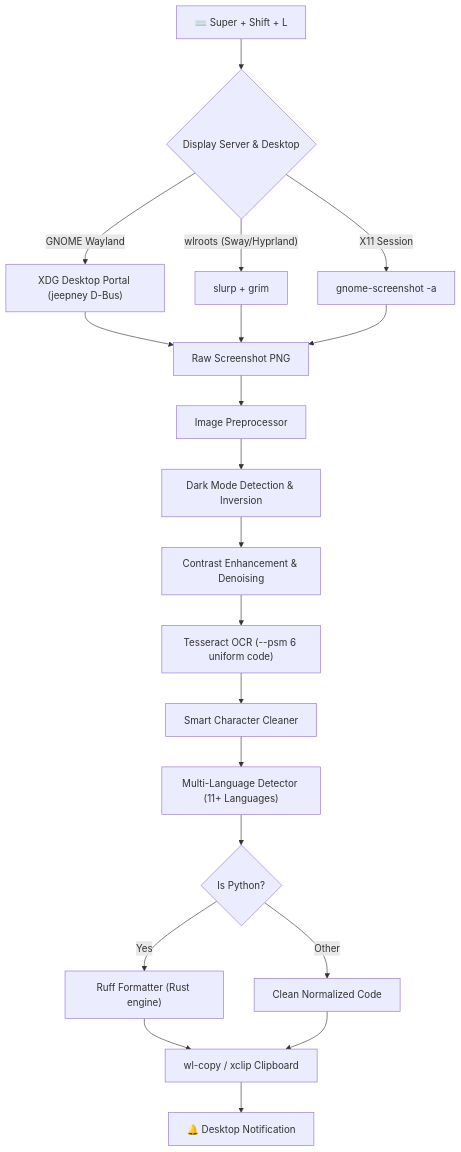
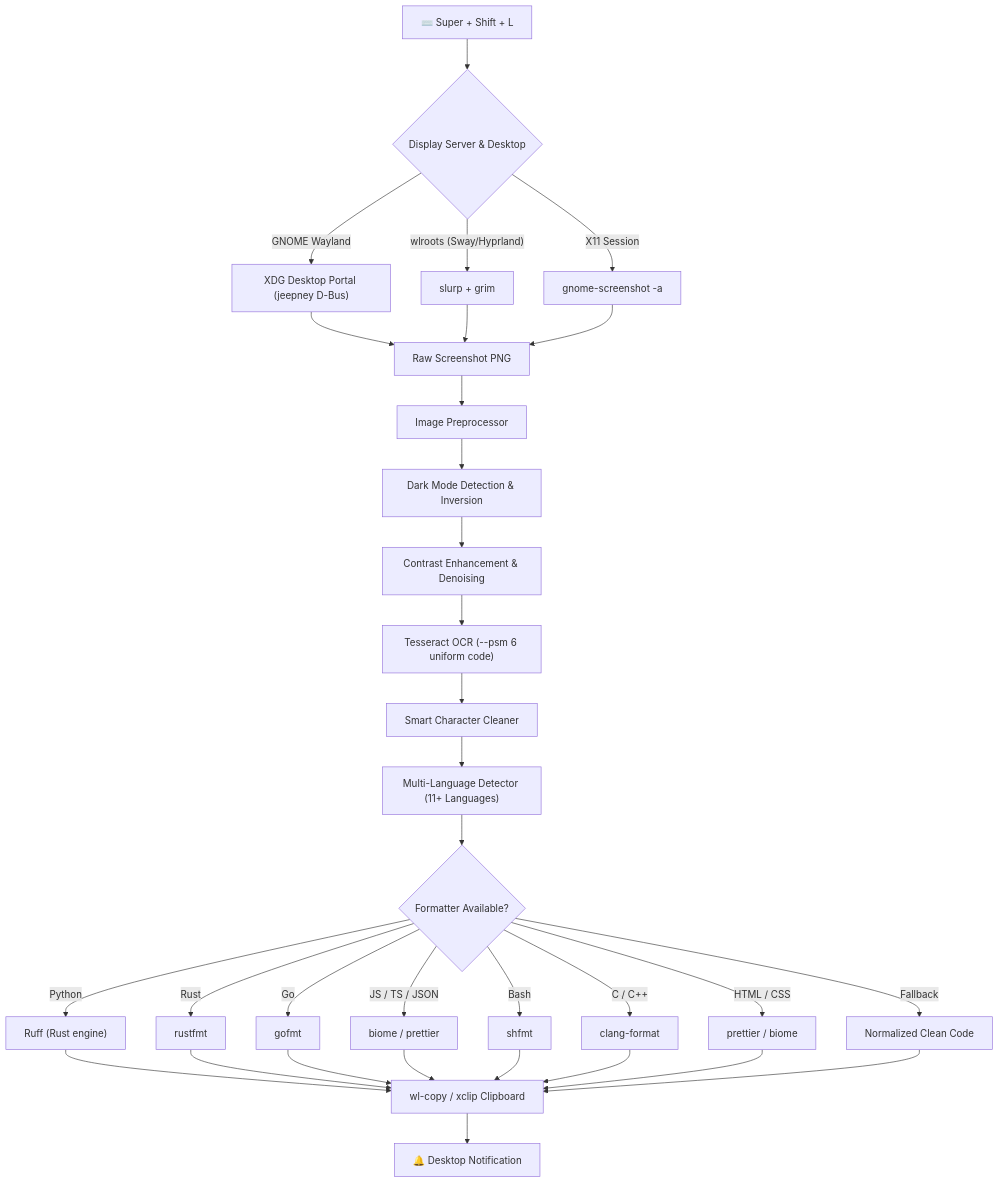
Before and after one commit to aswin402/codesnap: the diagram in README.md, drawn with Mermaid. The commit also changed other lines of this file and 8 other files, not shown here.

````diff
--- a/README.md
+++ b/README.md
@@ -148,25 +148,38 @@
 ```mermaid
 flowchart TD
     A["⌨️ Super + Shift + L"] --> B{"Display Server & Desktop"}
     B -->|"GNOME Wayland"| C["XDG Desktop Portal (jeepney D-Bus)"]
     B -->|"wlroots (Sway/Hyprland)"| D["slurp + grim"]
     B -->|"X11 Session"| E["gnome-screenshot -a"]
 
     C --> F["Raw Screenshot PNG"]
     D --> F
     E --> F
 
     F --> G["Image Preprocessor"]
     G --> H["Dark Mode Detection & Inversion"]
     H --> I["Contrast Enhancement & Denoising"]
     I --> J["Tesseract OCR (--psm 6 uniform code)"]
     
     J --> K["Smart Character Cleaner"]
     K --> L["Multi-Language Detector (11+ Languages)"]
-    L --> M{"Is Python?"}
-    M -->|"Yes"| N["Ruff Formatter (Rust engine)"]
-    M -->|"Other"| O["Clean Normalized Code"]
-    N --> P["wl-copy / xclip Clipboard"]
+    L --> M{"Formatter Available?"}
+    M -->|"Python"| N1["Ruff (Rust engine)"]
+    M -->|"Rust"| N2["rustfmt"]
+    M -->|"Go"| N3["gofmt"]
+    M -->|"JS / TS / JSON"| N4["biome / prettier"]
+    M -->|"Bash"| N5["shfmt"]
+    M -->|"C / C++"| N6["clang-format"]
+    M -->|"HTML / CSS"| N7["prettier / biome"]
+    M -->|"Fallback"| O["Normalized Clean Code"]
+
+    N1 --> P["wl-copy / xclip Clipboard"]
+    N2 --> P
+    N3 --> P
+    N4 --> P
+    N5 --> P
+    N6 --> P
+    N7 --> P
     O --> P
     P --> Q["🔔 Desktop Notification"]
 ```
````
